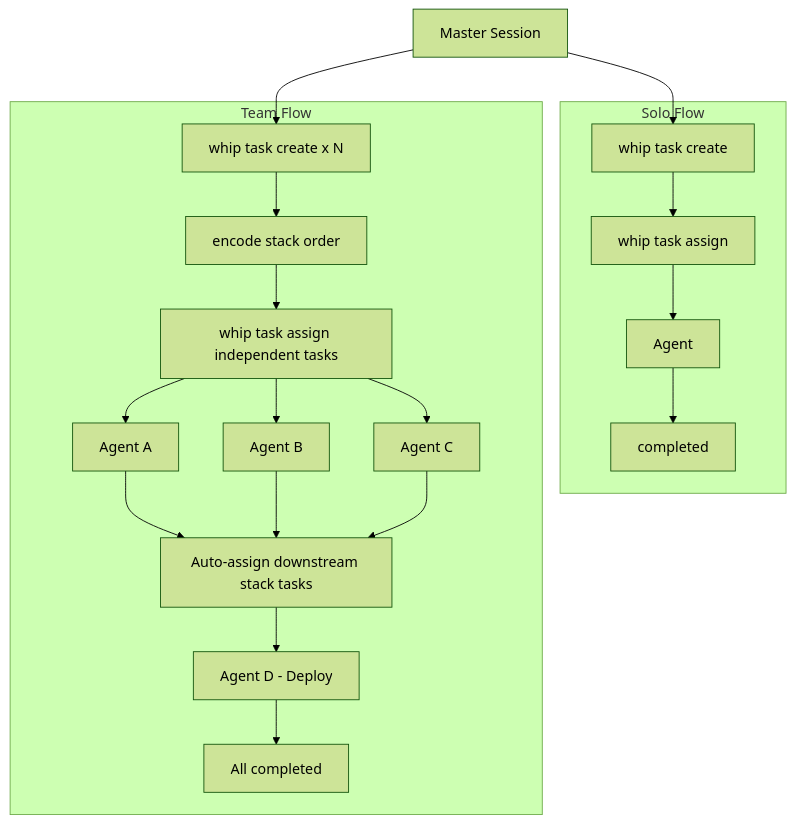
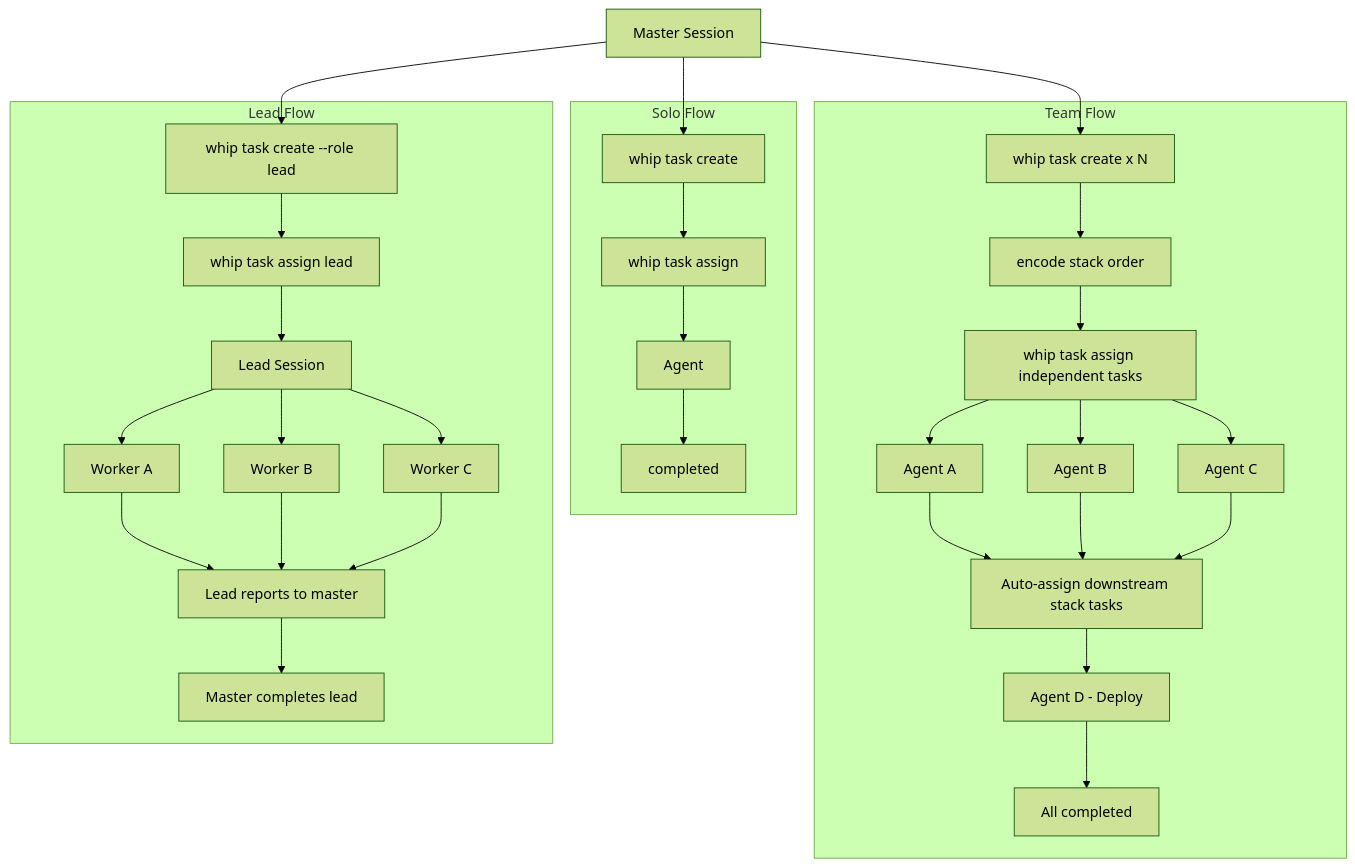
The third of 4 diagrams in whip/docs/workflow-en.md (DongGukMon/ai-tools), drawn with Mermaid (forest theme) before and after one commit. The commit also changed other lines of this file and 12 other files, not shown here.

````diff
--- a/whip/docs/workflow-en.md
+++ b/whip/docs/workflow-en.md
@@ -349,26 +402,39 @@
 ```mermaid
 flowchart TB
     Master[Master Session]
 
     subgraph "Solo Flow"
         S_Create[whip task create] --> S_Assign[whip task assign]
         S_Assign --> S_Agent[Agent]
         S_Agent --> S_Done[completed]
     end
 
     subgraph "Team Flow"
         T_Create[whip task create x N] --> T_Dep[encode stack order]
         T_Dep --> T_Assign[whip task assign independent tasks]
         T_Assign --> T_A1[Agent A]
         T_Assign --> T_A2[Agent B]
         T_Assign --> T_A3[Agent C]
         T_A1 --> T_Auto[Auto-assign downstream stack tasks]
         T_A2 --> T_Auto
         T_A3 --> T_Auto
         T_Auto --> T_A4[Agent D - Deploy]
         T_A4 --> T_Done[All completed]
     end
 
+    subgraph "Lead Flow"
+        L_Create[whip task create --role lead] --> L_Assign[whip task assign lead]
+        L_Assign --> L_Lead[Lead Session]
+        L_Lead --> L_W1[Worker A]
+        L_Lead --> L_W2[Worker B]
+        L_Lead --> L_W3[Worker C]
+        L_W1 --> L_Report[Lead reports to master]
+        L_W2 --> L_Report
+        L_W3 --> L_Report
+        L_Report --> L_Done[Master completes lead]
+    end
+
     Master --> S_Create
     Master --> T_Create
+    Master --> L_Create
 ```
````
